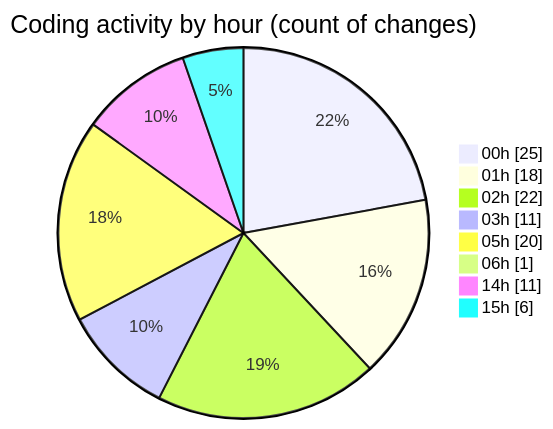
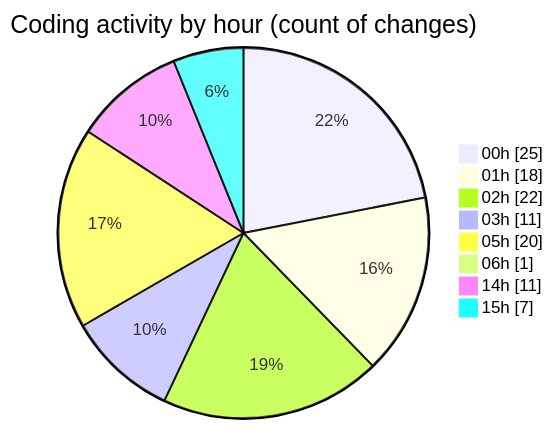
The second of 2 diagrams in 2025-07-18/ribbon/README.md (EIIisD/code-tracking), drawn with Mermaid before and after one commit. The commit also changed other lines of this file and 1 other file, not shown here.

````diff
--- a/2025-07-18/ribbon/README.md
+++ b/2025-07-18/ribbon/README.md
@@ -40,12 +40,12 @@
 ```mermaid
 pie showData
 title Coding activity by hour (count of changes)
 "00h" : 25
 "01h" : 18
 "02h" : 22
 "03h" : 11
 "05h" : 20
 "06h" : 1
 "14h" : 11
-"15h" : 6
+"15h" : 7
 ```
````
